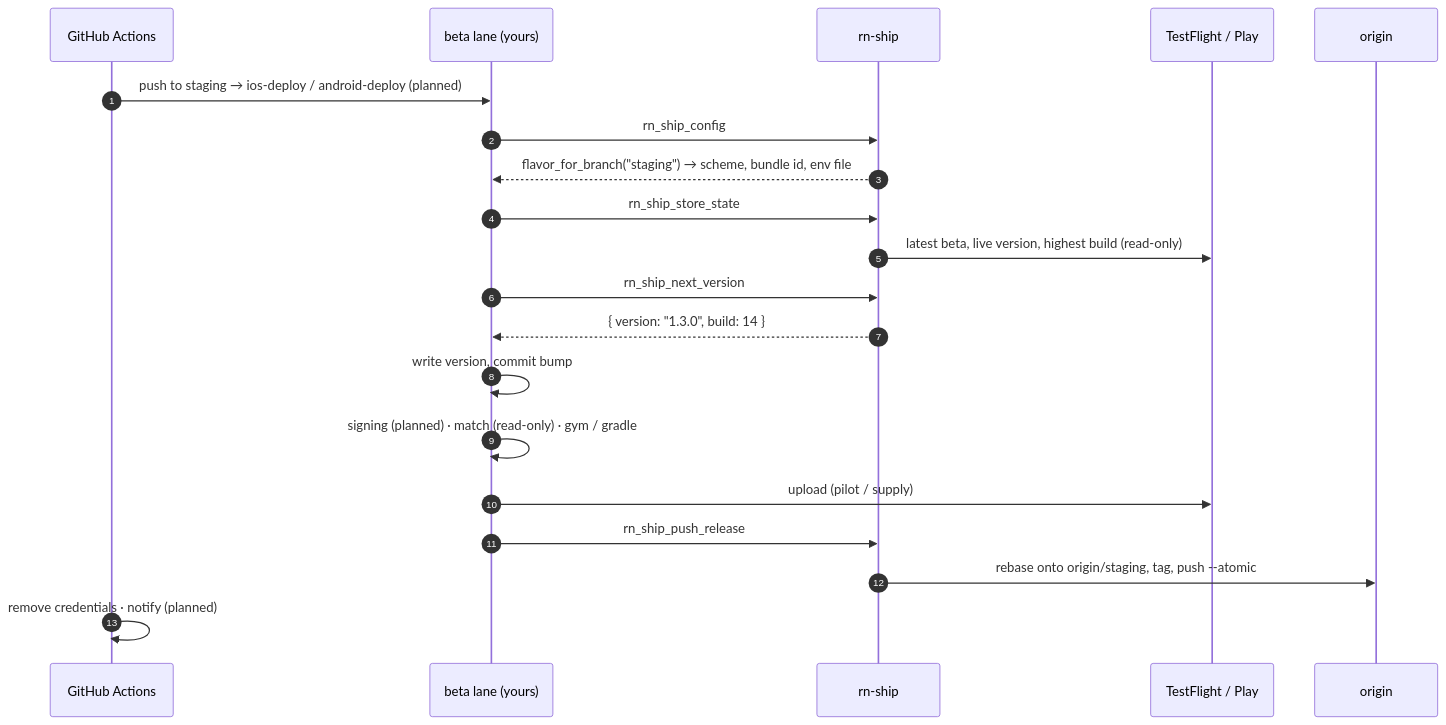
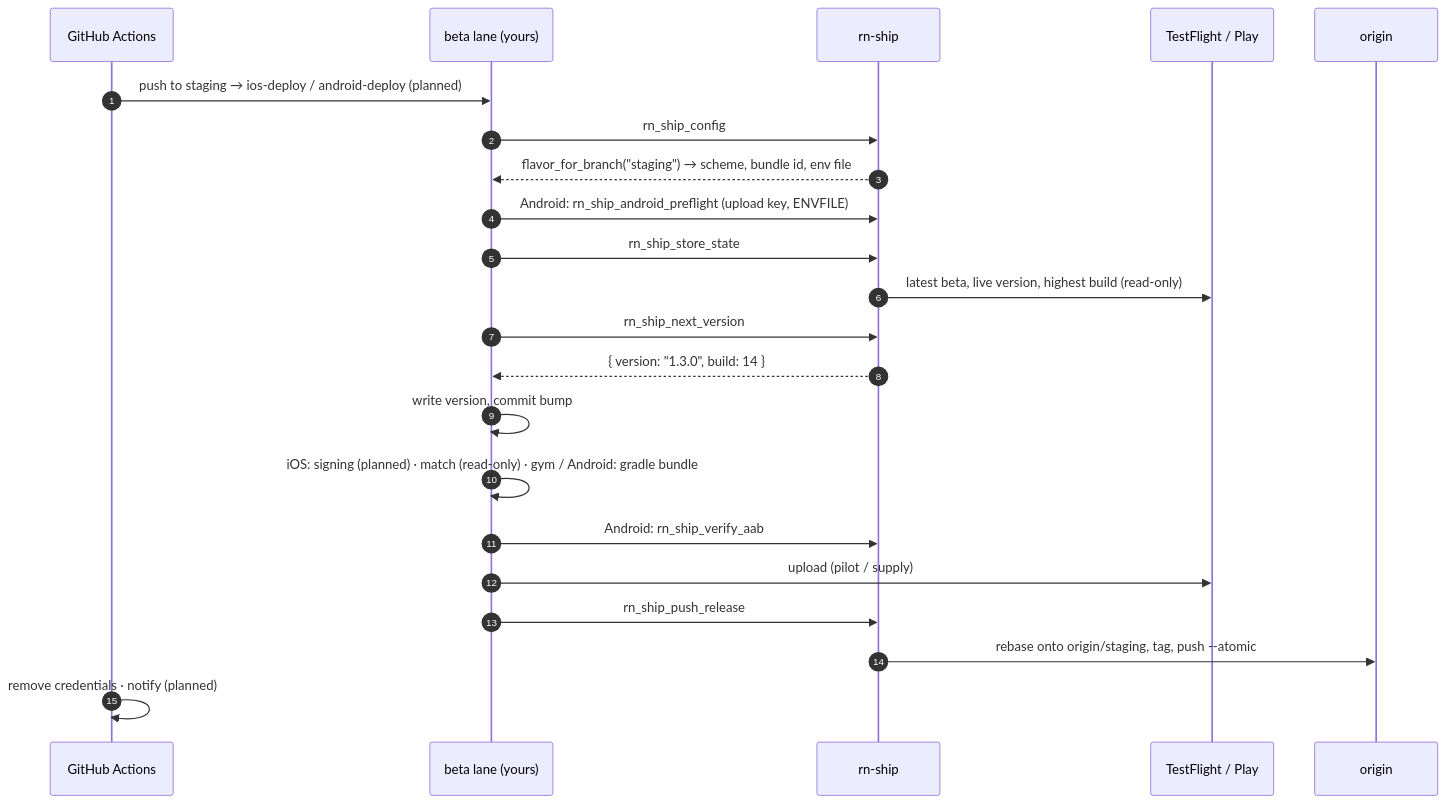
Before and after one commit to 27AppStudio/rn-ship: the second of 5 diagrams in README.md, drawn with Mermaid. The commit also changed other lines of this file and 6 other files, not shown here.

First line of the commit message:
Add Android guards: preflight, AAB signature check, Gradle version

````diff
--- a/README.md
+++ b/README.md
@@ -99,23 +101,25 @@
 ```mermaid
 sequenceDiagram
   autonumber
   participant GH as GitHub Actions
   participant Lane as beta lane (yours)
   participant RS as rn-ship
   participant Store as TestFlight / Play
   participant Git as origin
 
   GH->>Lane: push to staging → ios-deploy / android-deploy (planned)
   Lane->>RS: rn_ship_config
   RS-->>Lane: flavor_for_branch("staging") → scheme, bundle id, env file
+  Lane->>RS: Android: rn_ship_android_preflight (upload key, ENVFILE)
   Lane->>RS: rn_ship_store_state
   RS->>Store: latest beta, live version, highest build (read-only)
   Lane->>RS: rn_ship_next_version
   RS-->>Lane: { version: "1.3.0", build: 14 }
   Lane->>Lane: write version, commit bump
-  Lane->>Lane: signing (planned) · match (read-only) · gym / gradle
+  Lane->>Lane: iOS: signing (planned) · match (read-only) · gym / Android: gradle bundle
+  Lane->>RS: Android: rn_ship_verify_aab
   Lane->>Store: upload (pilot / supply)
   Lane->>RS: rn_ship_push_release
   RS->>Git: rebase onto origin/staging, tag, push --atomic
   GH->>GH: remove credentials · notify (planned)
 ```
````
